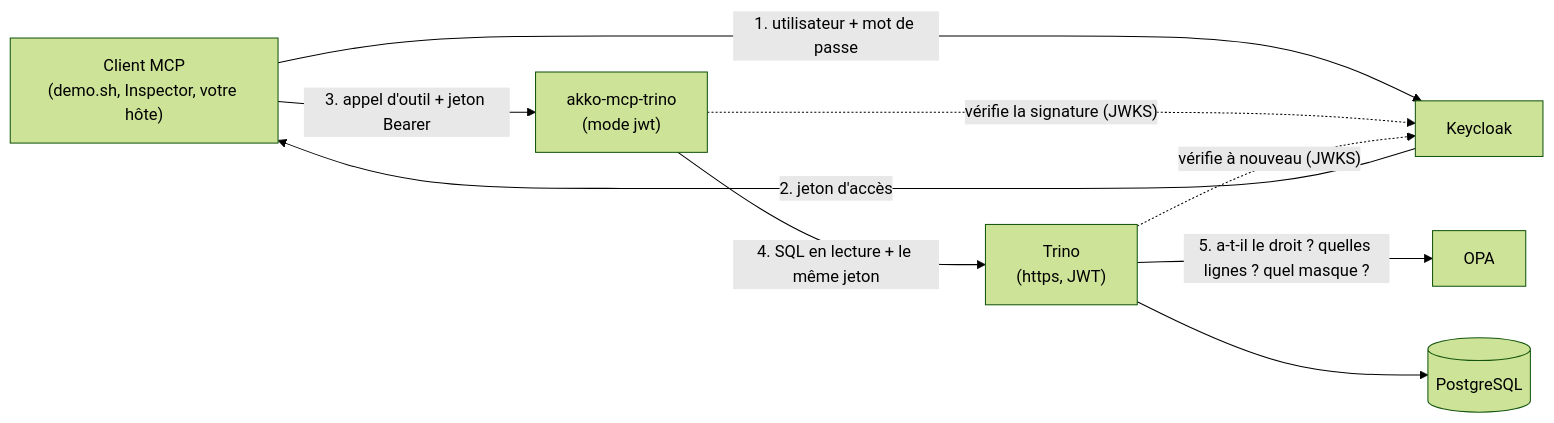
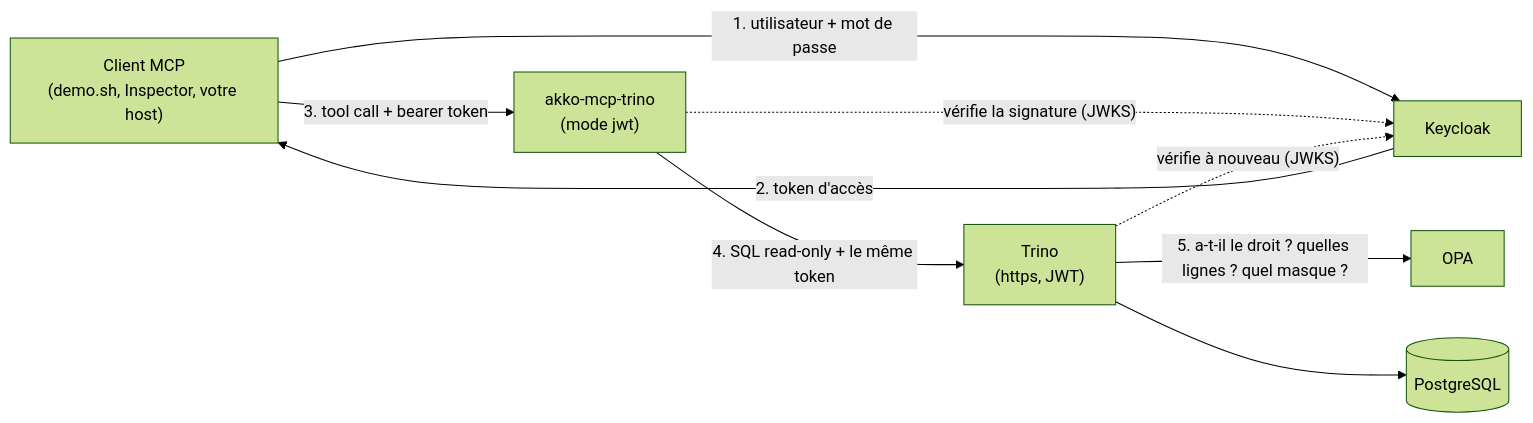
Before and after one commit to AKKO-p/akko-sandbox: the diagram in README.fr.md, drawn with Mermaid (forest theme). The commit also changed other lines of this file and 2 other files, not shown here.

Commit message:
README: MCP Inspector 2.9 steps (Settings, Custom Headers); French docs keep the English technical terms

````diff
--- a/README.fr.md
+++ b/README.fr.md
@@ -80,18 +80,18 @@
 ```mermaid
 flowchart LR
-    Client["Client MCP<br/>(demo.sh, Inspector, votre hôte)"]
+    Client["Client MCP<br/>(demo.sh, Inspector, votre host)"]
     KC["Keycloak"]
     MCP["akko-mcp-trino<br/>(mode jwt)"]
     Trino["Trino<br/>(https, JWT)"]
     OPA["OPA"]
     PG[("PostgreSQL")]
 
     Client -- "1. utilisateur + mot de passe" --> KC
-    KC -- "2. jeton d'accès" --> Client
-    Client -- "3. appel d'outil + jeton Bearer" --> MCP
+    KC -- "2. token d'accès" --> Client
+    Client -- "3. tool call + bearer token" --> MCP
     MCP -. "vérifie la signature (JWKS)" .-> KC
-    MCP -- "4. SQL en lecture + le même jeton" --> Trino
+    MCP -- "4. SQL read-only + le même token" --> Trino
     Trino -. "vérifie à nouveau (JWKS)" .-> KC
     Trino -- "5. a-t-il le droit ? quelles lignes ? quel masque ?" --> OPA
     Trino --> PG
 ```
````
